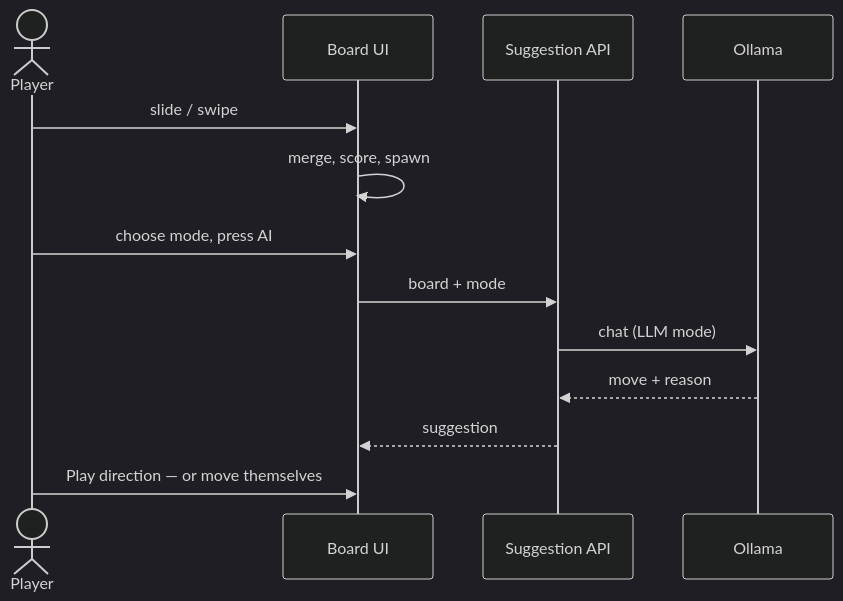
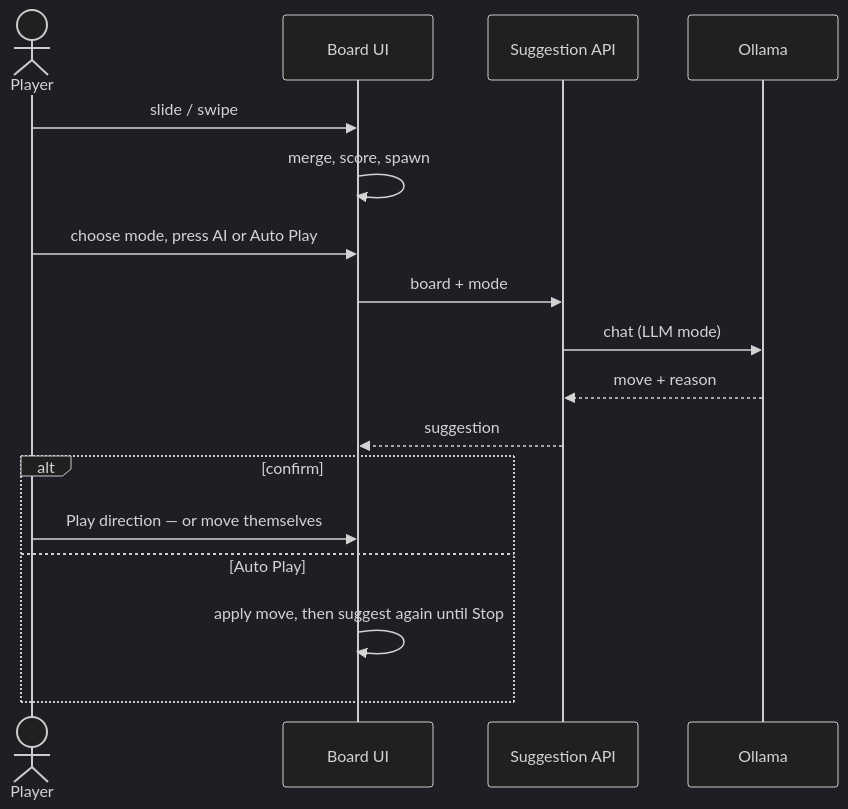
Before and after one commit to christycty/game-2048: the diagram in docs/overview.md, drawn with Mermaid (dark theme). The commit also changed other lines of this file and 9 other files, not shown here.

First line of the commit message:
Add client Auto Play to apply AI suggestions in a loop.

````diff
--- a/docs/overview.md
+++ b/docs/overview.md
@@ -13,16 +13,20 @@
 ```mermaid
 sequenceDiagram
   actor Player
   participant UI as Board UI
   participant API as Suggestion API
   participant Model as Ollama
 
   Player->>UI: slide / swipe
   UI->>UI: merge, score, spawn
-  Player->>UI: choose mode, press AI
+  Player->>UI: choose mode, press AI or Auto Play
   UI->>API: board + mode
   API->>Model: chat (LLM mode)
   Model-->>API: move + reason
   API-->>UI: suggestion
-  Player->>UI: Play direction — or move themselves
+  alt confirm
+    Player->>UI: Play direction — or move themselves
+  else Auto Play
+    UI->>UI: apply move, then suggest again until Stop
+  end
 ```
````
